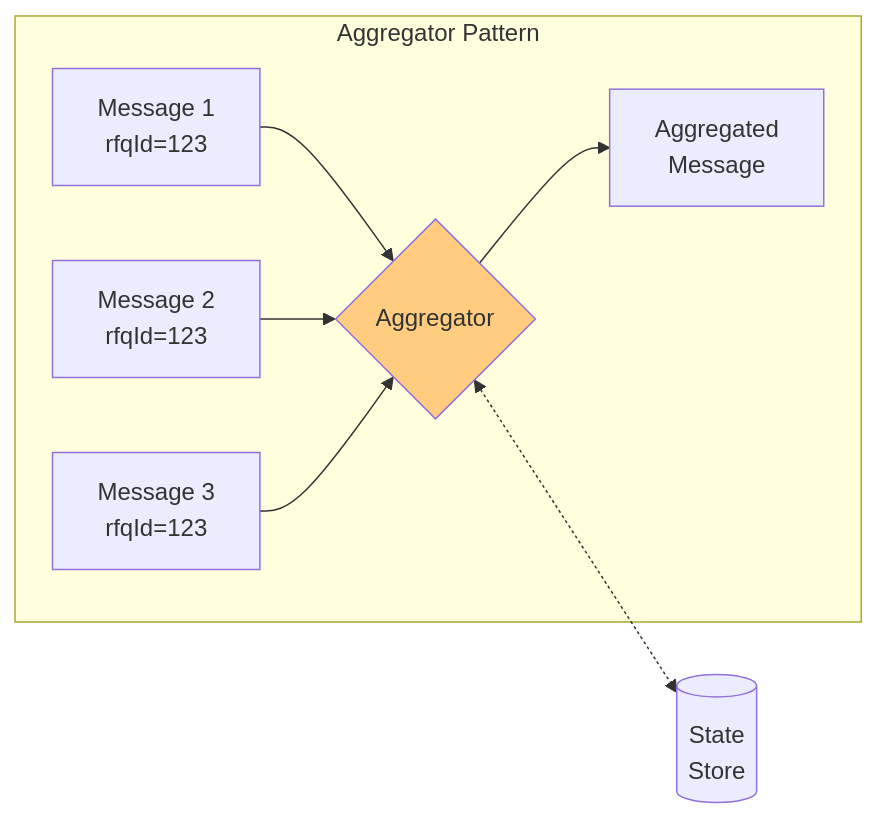
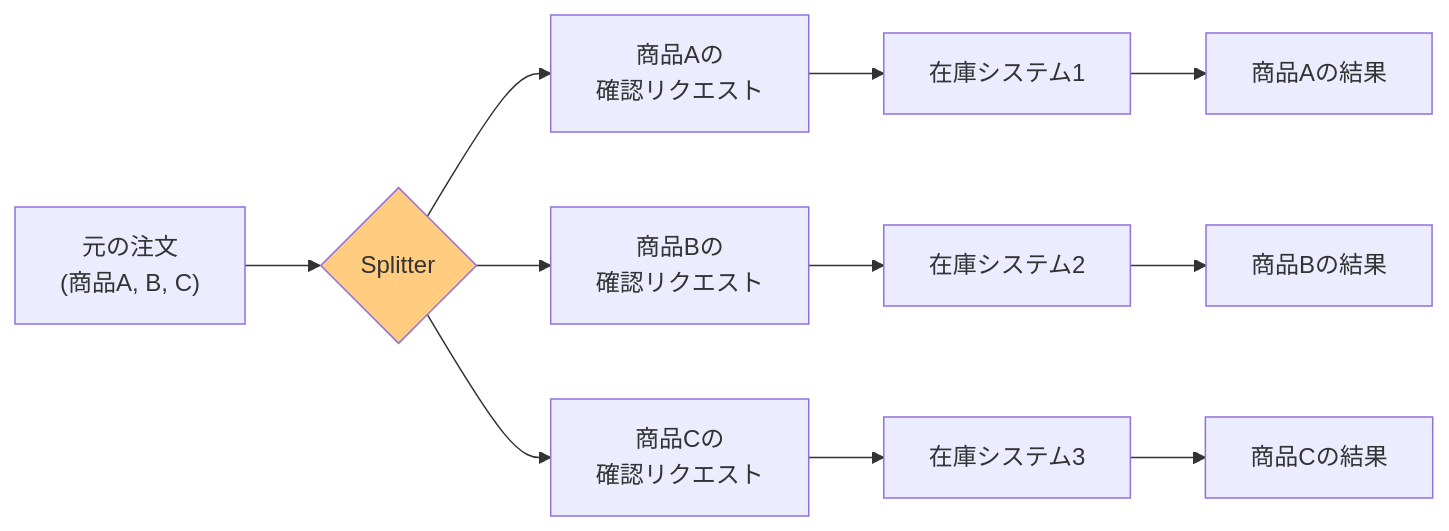
The second of 4 diagrams in content/programming/reactive_messaging_pattern/simple-routers/aggregator.md (tomoikey/quartz), drawn with Mermaid before and after one commit. The commit also changed other lines of this file and 18 other files, not shown here.

````diff
--- a/content/programming/reactive_messaging_pattern/simple-routers/aggregator.md
+++ b/content/programming/reactive_messaging_pattern/simple-routers/aggregator.md
@@ -38,14 +40,15 @@
 ```mermaid
 graph LR
-    subgraph "Aggregator Pattern"
-        M1[Message 1<br/>rfqId=123] --> AG{Aggregator}
-        M2[Message 2<br/>rfqId=123] --> AG
-        M3[Message 3<br/>rfqId=123] --> AG
-        AG --> OUT[Aggregated<br/>Message]
-    end
+    ORDER["元の注文<br/>(商品A, B, C)"] --> SP{Splitter}
+    SP --> REQ_A[商品Aの<br/>確認リクエスト]
+    SP --> REQ_B[商品Bの<br/>確認リクエスト]
+    SP --> REQ_C[商品Cの<br/>確認リクエスト]
+    REQ_A --> SYS1[在庫システム1]
+    REQ_B --> SYS2[在庫システム2]
+    REQ_C --> SYS3[在庫システム3]
+    SYS1 --> RES_A[商品Aの結果]
+    SYS2 --> RES_B[商品Bの結果]
+    SYS3 --> RES_C[商品Cの結果]
 
-    STATE[(State<br/>Store)]
-    AG <-.-> STATE
-
-    style AG fill:#ffcc80
+    style SP fill:#ffcc80
 ```
````
